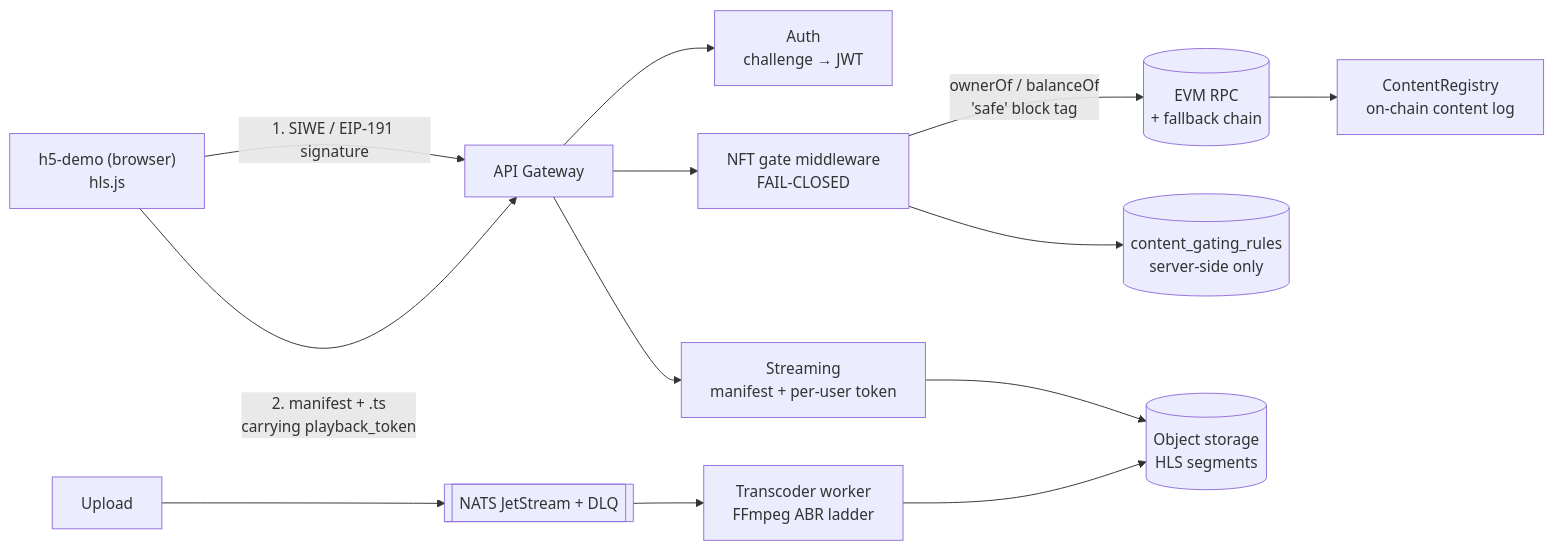
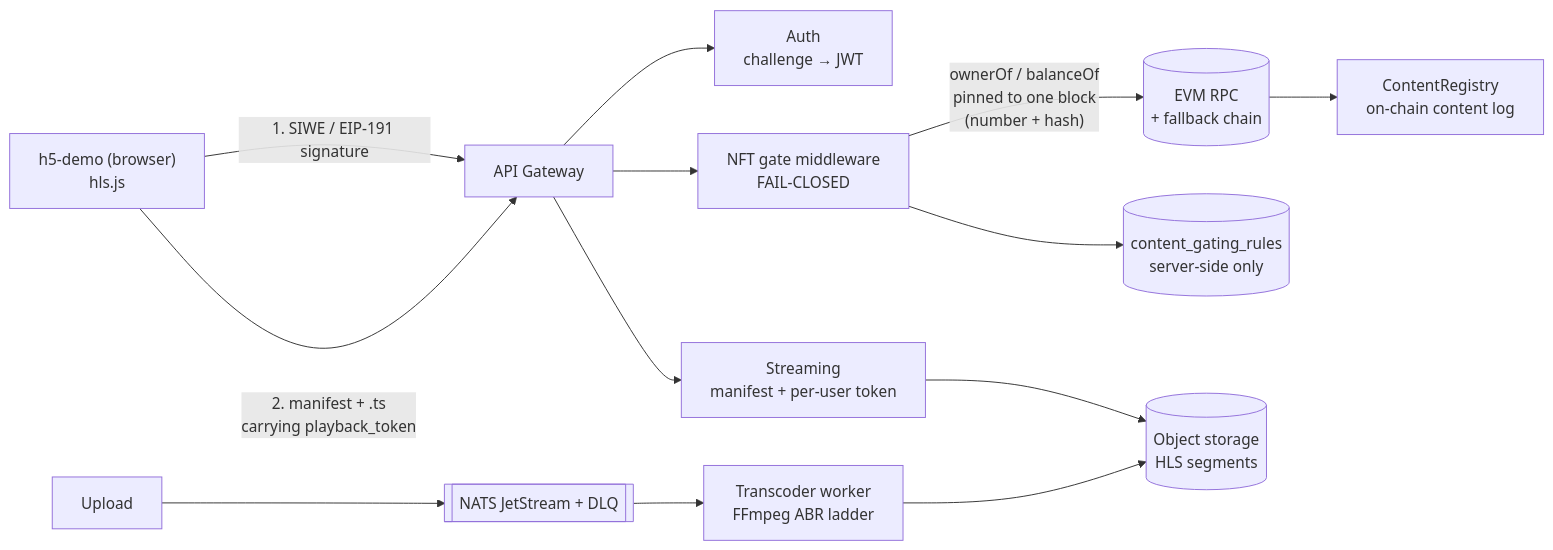
The diagram in README.md (rtcdance/streamgate), drawn with Mermaid before and after one commit. The commit also changed other lines of this file and 7 other files, not shown here.

````diff
--- a/README.md
+++ b/README.md
@@ -44,14 +44,14 @@
 ```mermaid
 flowchart LR
   U["h5-demo (browser)<br/>hls.js"] -->|"1. SIWE / EIP-191 signature"| GW["API Gateway"]
   U -->|"2. manifest + .ts<br/>carrying playback_token"| GW
   GW --> AUTH["Auth<br/>challenge → JWT"]
   GW --> GATE["NFT gate middleware<br/>FAIL-CLOSED"]
-  GATE -->|"ownerOf / balanceOf<br/>'safe' block tag"| RPC[("EVM RPC<br/>+ fallback chain")]
+  GATE -->|"ownerOf / balanceOf<br/>pinned to one block<br/>(number + hash)"| RPC[("EVM RPC<br/>+ fallback chain")]
   GATE --> RULES[("content_gating_rules<br/>server-side only")]
   GW --> STREAM["Streaming<br/>manifest + per-user token"]
   STREAM --> OBJ[("Object storage<br/>HLS segments")]
   UP["Upload"] --> Q[["NATS JetStream + DLQ"]]
   Q --> TR["Transcoder worker<br/>FFmpeg ABR ladder"] --> OBJ
   RPC --> REG["ContentRegistry<br/>on-chain content log"]
 ```
````
